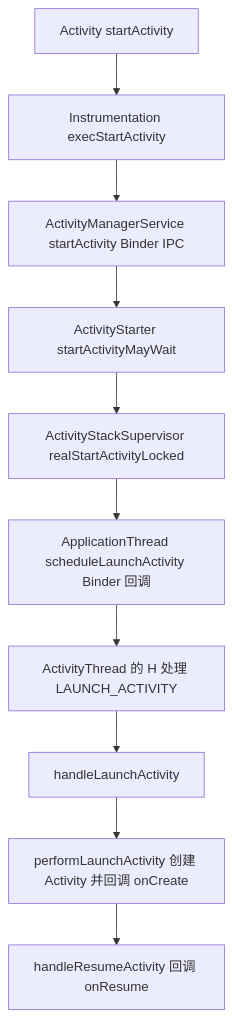
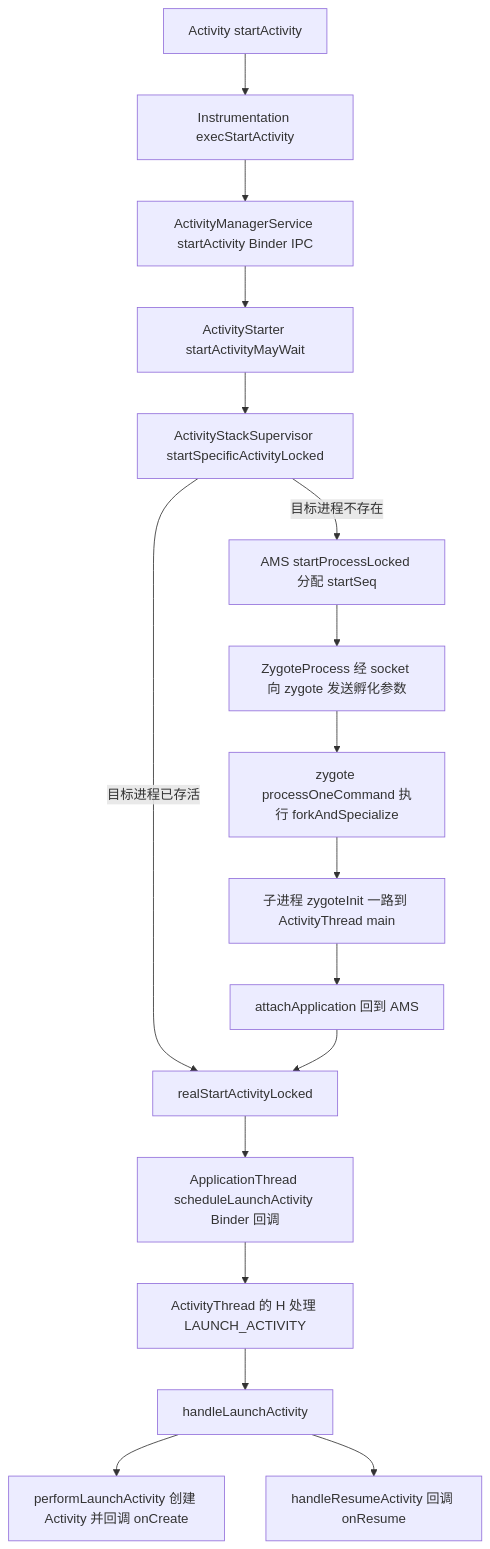
Before and after one commit to coswit/coswit.github.io: the first of 5 diagrams in Android/Android源码分析/AndroidActivity源码分析.md, drawn with Mermaid. The commit also changed other lines of this file, not shown here.

````diff
--- a/Android/Android源码分析/AndroidActivity源码分析.md
+++ b/Android/Android源码分析/AndroidActivity源码分析.md
@@ -19,12 +20,19 @@
 ```mermaid
 flowchart TD
     A[Activity startActivity] --> B[Instrumentation execStartActivity]
     B --> C[ActivityManagerService startActivity Binder IPC]
     C --> D[ActivityStarter startActivityMayWait]
-    D --> E[ActivityStackSupervisor realStartActivityLocked]
-    E --> F[ApplicationThread scheduleLaunchActivity Binder 回调]
-    F --> G[ActivityThread 的 H 处理 LAUNCH_ACTIVITY]
-    G --> H[handleLaunchActivity]
-    H --> I[performLaunchActivity 创建 Activity 并回调 onCreate]
-    I --> J[handleResumeActivity 回调 onResume]
+    D --> E[ActivityStackSupervisor startSpecificActivityLocked]
+    E -->|目标进程已存活| F[realStartActivityLocked]
+    E -->|目标进程不存在| P[AMS startProcessLocked 分配 startSeq]
+    P --> Q[ZygoteProcess 经 socket 向 zygote 发送孵化参数]
+    Q --> R[zygote processOneCommand 执行 forkAndSpecialize]
+    R --> S[子进程 zygoteInit 一路到 ActivityThread main]
+    S --> T[attachApplication 回到 AMS]
+    T --> F
+    F --> G[ApplicationThread scheduleLaunchActivity Binder 回调]
+    G --> H[ActivityThread 的 H 处理 LAUNCH_ACTIVITY]
+    H --> I[handleLaunchActivity]
+    I --> J[performLaunchActivity 创建 Activity 并回调 onCreate]
+    I --> K[handleResumeActivity 回调 onResume]
 ```
````
